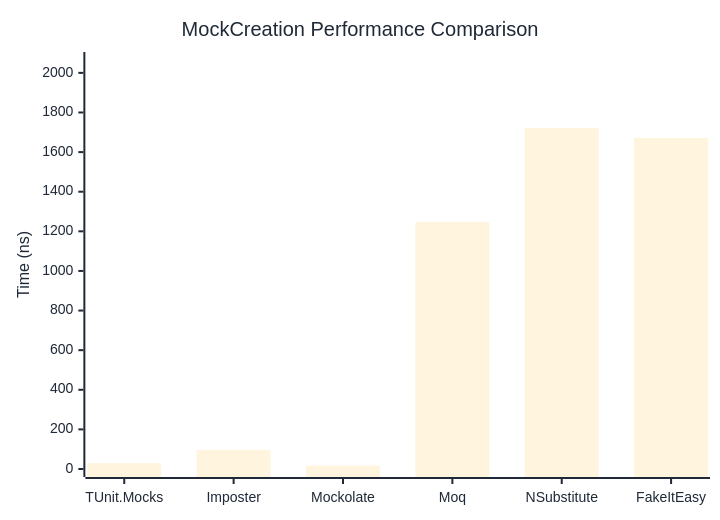
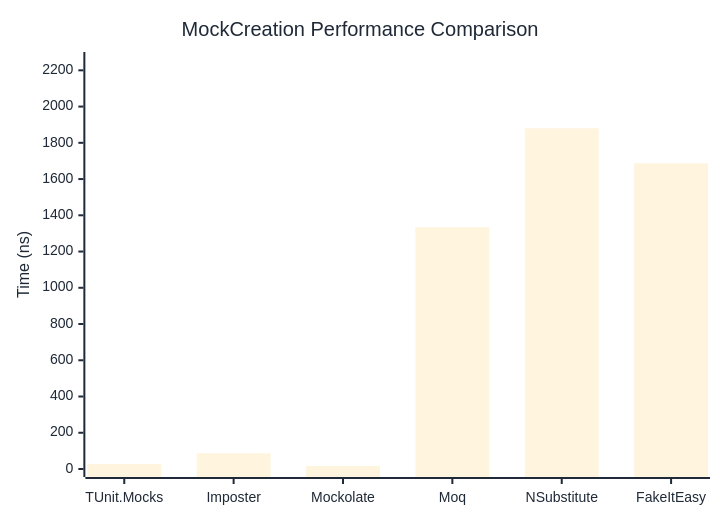
One commit to thomhurst/TUnit changed the first of 2 diagrams in docs/docs/benchmarks/mocks/MockCreation.md. Above: the diagram before and after it, drawn with Mermaid. The commit also changed other lines of this file and 14 other files, not shown here.

````diff
--- a/docs/docs/benchmarks/mocks/MockCreation.md
+++ b/docs/docs/benchmarks/mocks/MockCreation.md
@@ -30,27 +30,27 @@
 ```mermaid
 %%{init: {
   'theme':'base',
   'themeVariables': {
     'primaryColor': '#2563eb',
     'primaryTextColor': '#1f2937',
     'primaryBorderColor': '#1e40af',
     'lineColor': '#6b7280',
     'secondaryColor': '#7c3aed',
     'tertiaryColor': '#dc2626',
     'background': '#ffffff',
     'pie1': '#2563eb',
     'pie2': '#7c3aed',
     'pie3': '#dc2626',
     'pie4': '#f59e0b',
     'pie5': '#10b981',
     'pie6': '#06b6d4',
     'pie7': '#ec4899',
     'pie8': '#6366f1'
   }
 }}%%
 xychart-beta
   title "MockCreation Performance Comparison"
   x-axis ["TUnit.Mocks", "Imposter", "Mockolate", "Moq", "NSubstitute", "FakeItEasy"]
-  y-axis "Time (ns)" 0 --> 2065
-  bar [29.1, 96.49, 17.08, 1247.57, 1720.75, 1671.12]
+  y-axis "Time (ns)" 0 --> 2257
+  bar [27.44, 87.3, 16.58, 1334.3, 1880.41, 1686.81]
 ```
````
